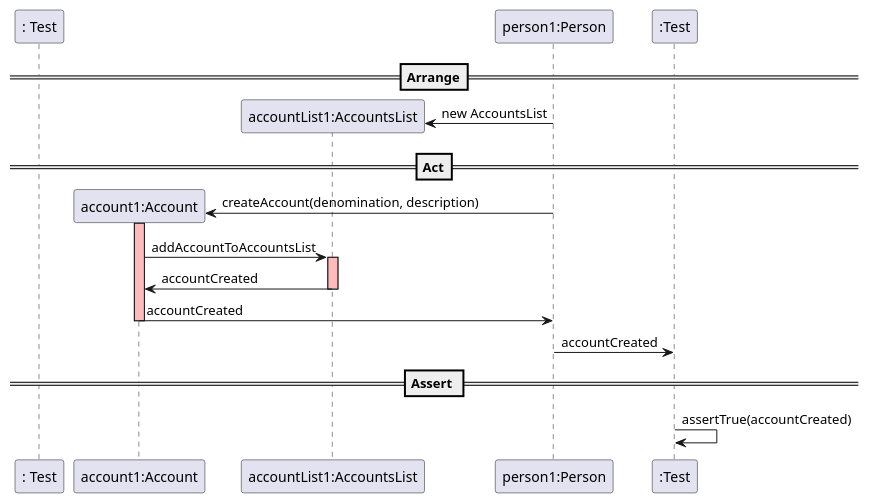
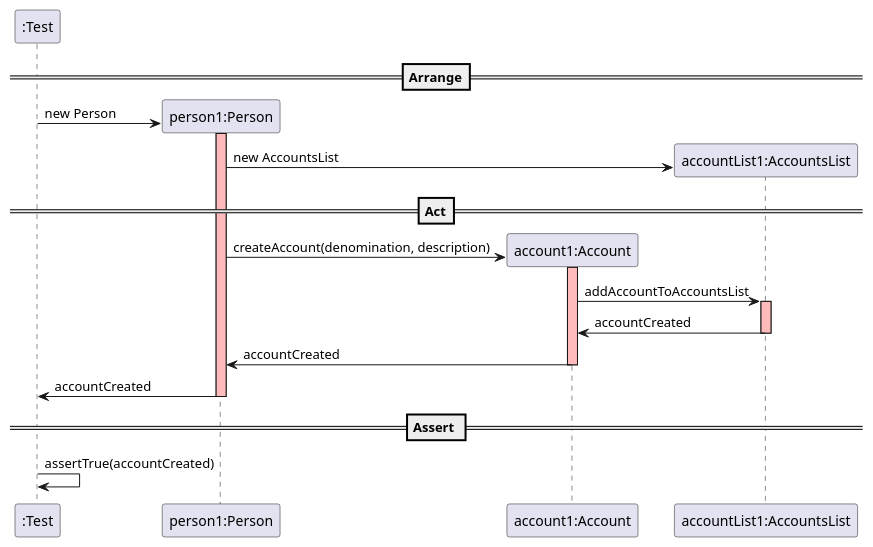
One commit to mleitaoribeiro/DevOpsMaven changed the diagram in docs/SequenceDiagram - UserStory6.puml. Above: the diagram before and after it, drawn with PlantUML.

Commit message:
ref#260: Sequence Diagram - create the sequence diagram for UserStory006, updated

```diff
--- a/docs/SequenceDiagram - UserStory6.puml
+++ b/docs/SequenceDiagram - UserStory6.puml
@@ -1,32 +1,34 @@
 @startuml
-create ": Test"
+create ":Test"
 
 ==Arrange==
 
-
+create "person1:Person"
+":Test" -> "person1:Person" : new Person
+activate "person1:Person" #FFBBBB
 
 create "account1:Account"
 create "accountList1:AccountsList"
 "person1:Person" -> "accountList1:AccountsList" : new AccountsList
 
 ==Act==
 create "account1:Account"
 "person1:Person" -> "account1:Account" : createAccount(denomination, description)
 activate "account1:Account" #FFBBBB
 
 "account1:Account" -> "accountList1:AccountsList" : addAccountToAccountsList
 activate "accountList1:AccountsList" #FFBBBB
 
 "accountList1:AccountsList" -> "account1:Account" : accountCreated
 deactivate "accountList1:AccountsList" #FFBBBB
 
 "account1:Account" -> "person1:Person" : accountCreated
 deactivate "account1:Account" #FFBBBB
 
 "person1:Person" -> ":Test" : accountCreated
 deactivate "person1:Person" #FFBBBB
 
 == Assert ==
 
 ":Test" -> ":Test" : assertTrue(accountCreated)
 @enduml
```
